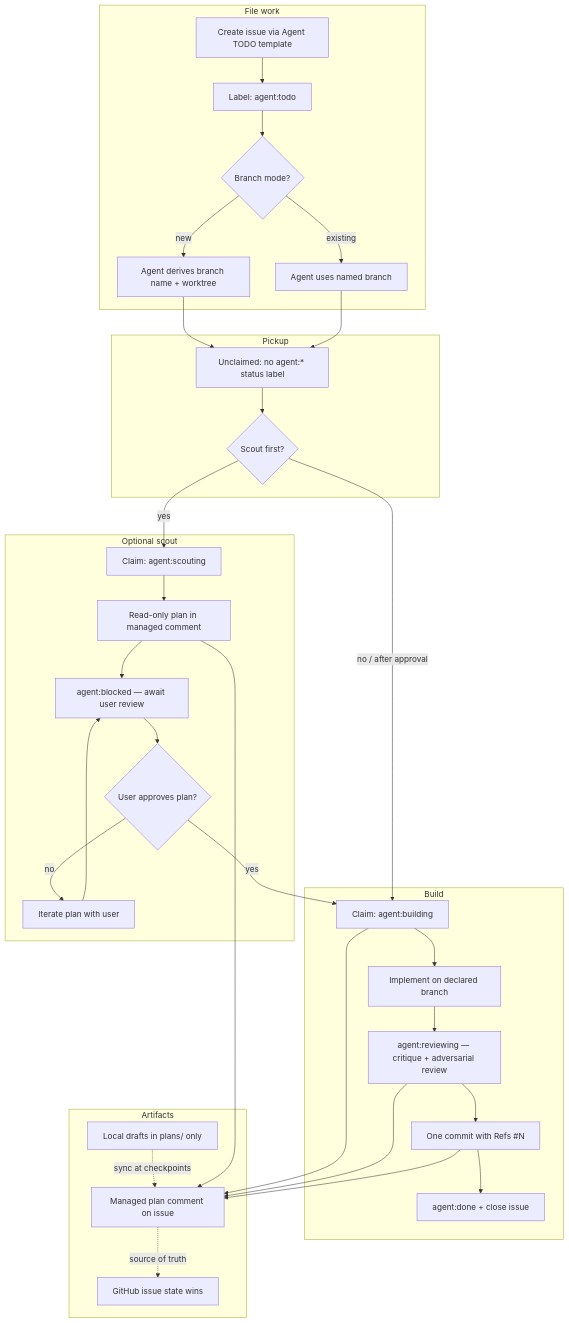
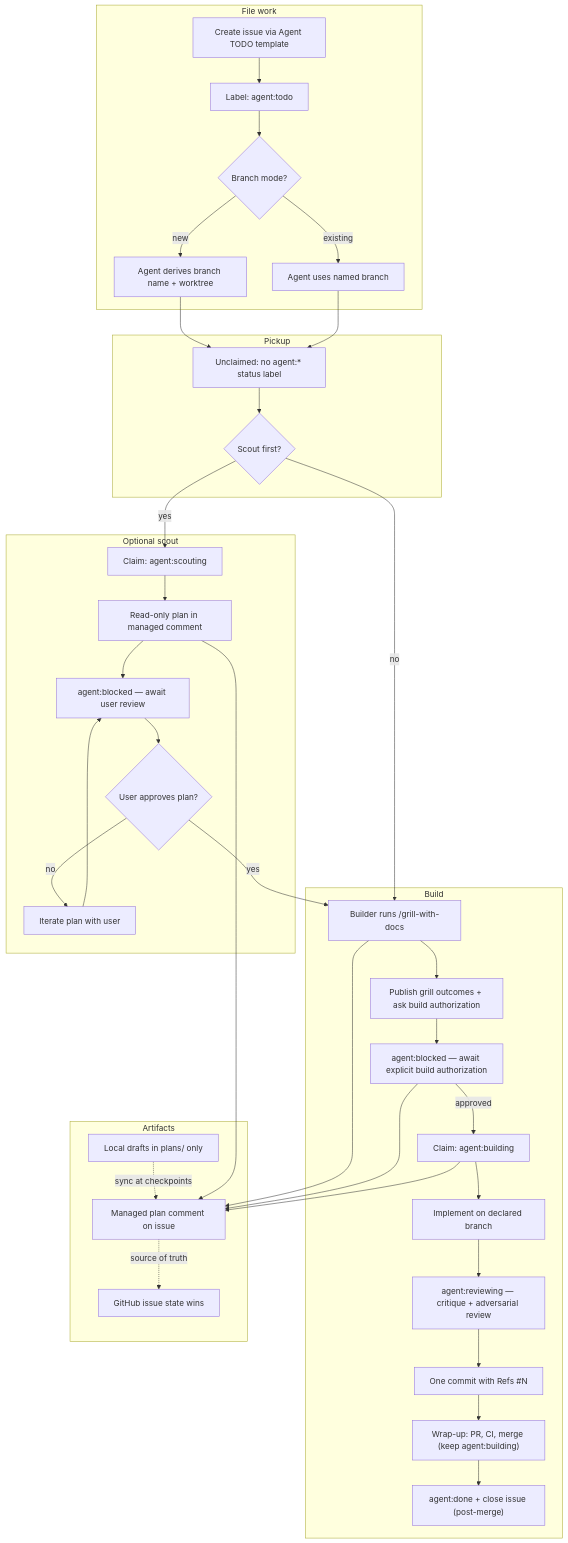
One commit to Entalpic/siesta changed the first of 3 diagrams in CONTRIBUTING.md. Above: the diagram before and after it, drawn with Mermaid. The commit also changed other lines of this file and 3 other files, not shown here.

First line of the commit message:
docs(workflow): tighten builder approval and wrap-up lifecycle (#59)

````diff
--- a/CONTRIBUTING.md
+++ b/CONTRIBUTING.md
@@ -21,45 +21,49 @@
 ```mermaid
 flowchart TD
     subgraph file["File work"]
         A[Create issue via Agent TODO template] --> B["Label: agent:todo"]
         B --> C{Branch mode?}
         C -->|new| D[Agent derives branch name + worktree]
         C -->|existing| E[Agent uses named branch]
     end
 
     subgraph pickup["Pickup"]
         D --> F[Unclaimed: no agent:* status label]
         E --> F
         F --> G{Scout first?}
     end
 
     subgraph scout["Optional scout"]
         G -->|yes| H["Claim: agent:scouting"]
         H --> I[Read-only plan in managed comment]
         I --> J["agent:blocked — await user review"]
         J --> K{User approves plan?}
         K -->|no| L[Iterate plan with user]
         L --> J
     end
 
     subgraph build["Build"]
-        G -->|no / after approval| M["Claim: agent:building"]
+        G -->|no| M[Builder runs /grill-with-docs]
         K -->|yes| M
-        M --> N[Implement on declared branch]
-        N --> O["agent:reviewing — critique + adversarial review"]
-        O --> P[One commit with Refs #N]
-        P --> Q["agent:done + close issue"]
+        M --> N[Publish grill outcomes + ask build authorization]
+        N --> O["agent:blocked — await explicit build authorization"]
+        O -->|approved| P["Claim: agent:building"]
+        P --> Q[Implement on declared branch]
+        Q --> R1["agent:reviewing — critique + adversarial review"]
+        R1 --> S1[One commit with Refs #N]
+        S1 --> W["Wrap-up: PR, CI, merge (keep agent:building)"]
+        W --> X["agent:done + close issue (post-merge)"]
     end
 
     subgraph artifacts["Artifacts"]
         R[Managed plan comment on issue]
         S[Local drafts in plans/ only]
         R -.->|source of truth| T[GitHub issue state wins]
         S -.->|sync at checkpoints| R
     end
 
     I --> R
     M --> R
     O --> R
     P --> R
 ```
````
